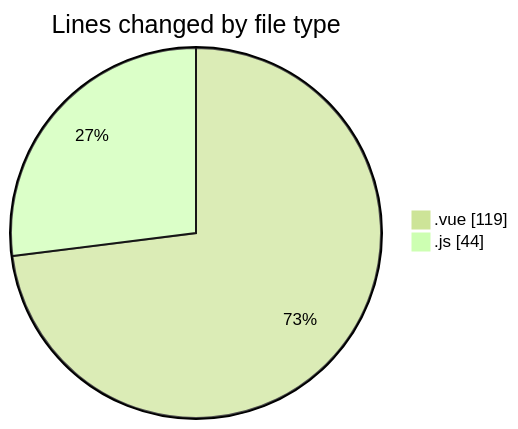
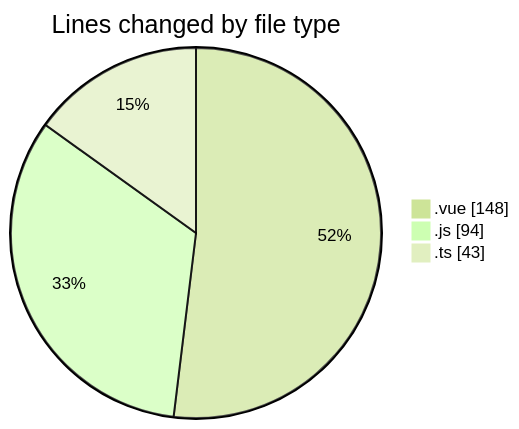
Before and after one commit to lephambinh05/code-tracking: the first of 2 diagrams in 2025-08-12/rentotp/README.md, drawn with Mermaid (forest theme). The commit also changed other lines of this file and 1 other file, not shown here.

````diff
--- a/2025-08-12/rentotp/README.md
+++ b/2025-08-12/rentotp/README.md
@@ -21,6 +22,7 @@
 ```mermaid
 pie showData
 title Lines changed by file type
-".vue" : 119
-".js" : 44
+".vue" : 148
+".js" : 94
+".ts" : 43
 ```
````
